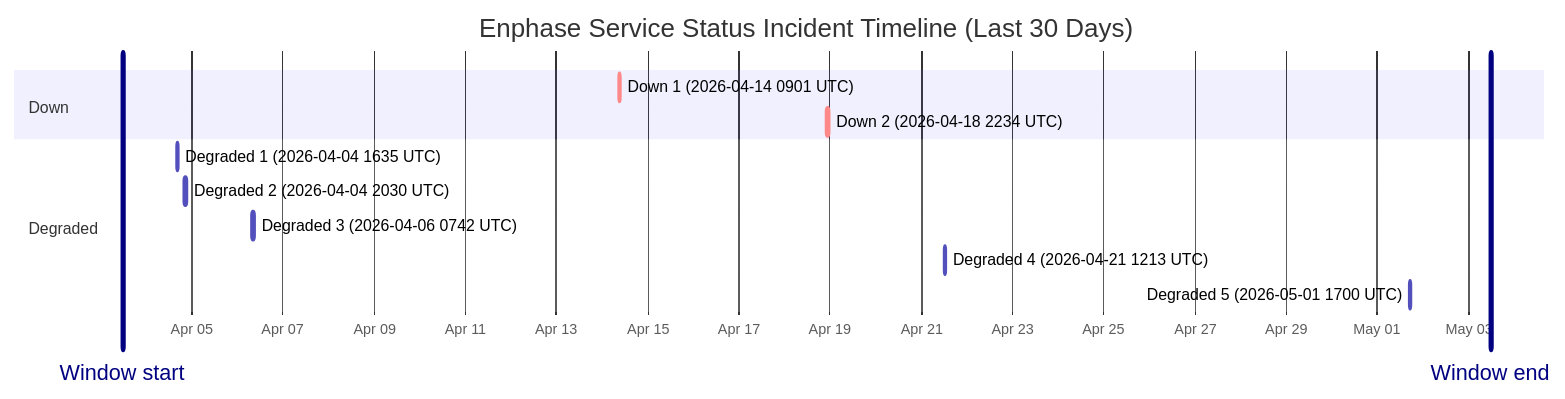
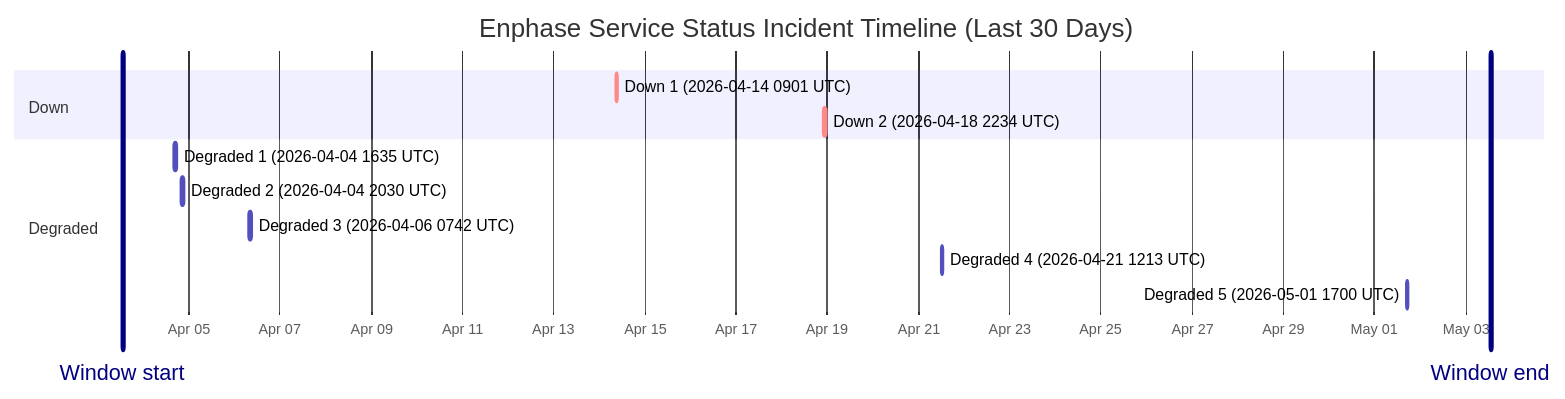
Before and after one commit to barneyonline/ha-enphase-ev-charger: the diagram in wiki/Service-Status-History.md, drawn with Mermaid. The commit also changed other lines of this file and 3 other files, not shown here.

````diff
--- a/wiki/Service-Status-History.md
+++ b/wiki/Service-Status-History.md
@@ -14,17 +14,17 @@
 ```mermaid
 gantt
     title Enphase Service Status Incident Timeline (Last 30 Days)
     dateFormat  YYYY-MM-DDTHH:mm:ss
     axisFormat  %b %d
-    Window start :vert, window-start, 2026-04-03T11:41:18, 0ms
-    Window end :vert, window-end, 2026-05-03T11:41:18, 0ms
+    Window start :vert, window-start, 2026-04-03T13:07:55, 0ms
+    Window end :vert, window-end, 2026-05-03T13:07:55, 0ms
     section Down
     Down 1 (2026-04-14 0901 UTC) :crit, down-1, 2026-04-14T09:01:13, 60m
     Down 2 (2026-04-18 2234 UTC) :crit, down-2, 2026-04-18T22:34:13, 60m
     section Degraded
     Degraded 1 (2026-04-04 1635 UTC) :active, degraded-1, 2026-04-04T16:35:17, 60m
     Degraded 2 (2026-04-04 2030 UTC) :active, degraded-2, 2026-04-04T20:30:40, 60m
     Degraded 3 (2026-04-06 0742 UTC) :active, degraded-3, 2026-04-06T07:42:09, 85m
     Degraded 4 (2026-04-21 1213 UTC) :active, degraded-4, 2026-04-21T12:13:11, 60m
     Degraded 5 (2026-05-01 1700 UTC) :active, degraded-5, 2026-05-01T17:00:22, 60m
 ```
````
